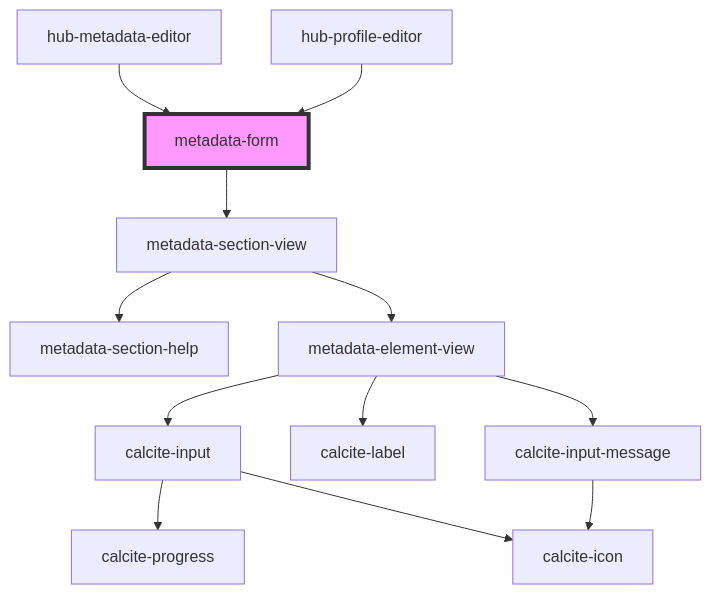
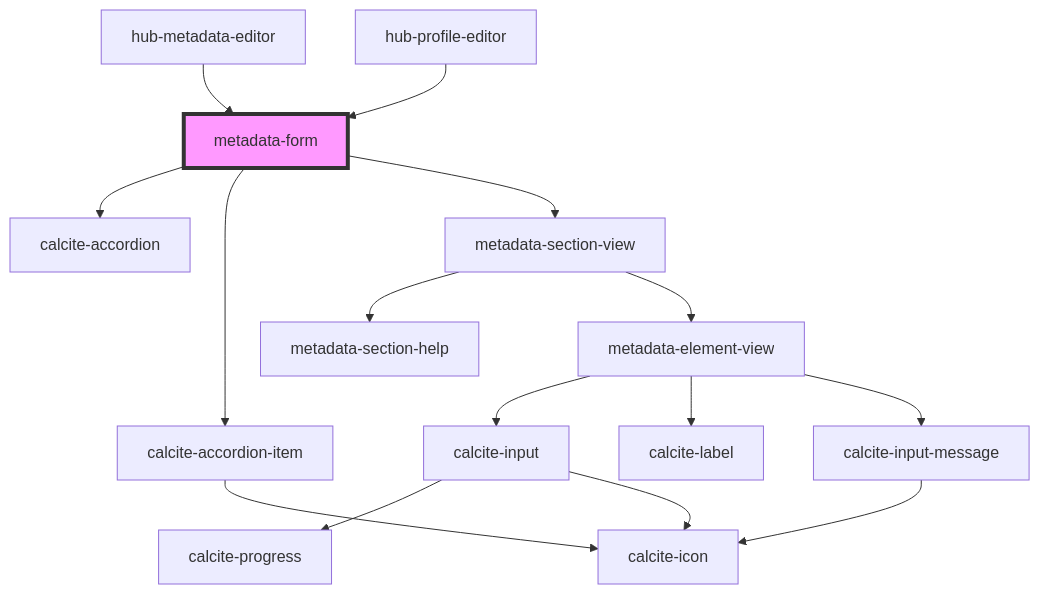
The diagram in src/components/blocks/metadata-form/readme.md (esridc/hub-components-experiments), drawn with Mermaid before and after one commit. The commit also changed other lines of this file and 15 other files, not shown here.

````diff
--- a/src/components/blocks/metadata-form/readme.md
+++ b/src/components/blocks/metadata-form/readme.md
@@ -29,15 +31,18 @@
 ```mermaid
 graph TD;
+  metadata-form --> calcite-accordion
+  metadata-form --> calcite-accordion-item
   metadata-form --> metadata-section-view
+  calcite-accordion-item --> calcite-icon
   metadata-section-view --> metadata-section-help
   metadata-section-view --> metadata-element-view
   metadata-element-view --> calcite-input
   metadata-element-view --> calcite-label
   metadata-element-view --> calcite-input-message
   calcite-input --> calcite-progress
   calcite-input --> calcite-icon
   calcite-input-message --> calcite-icon
   hub-metadata-editor --> metadata-form
   hub-profile-editor --> metadata-form
   style metadata-form fill:#f9f,stroke:#333,stroke-width:4px
 ```
````
